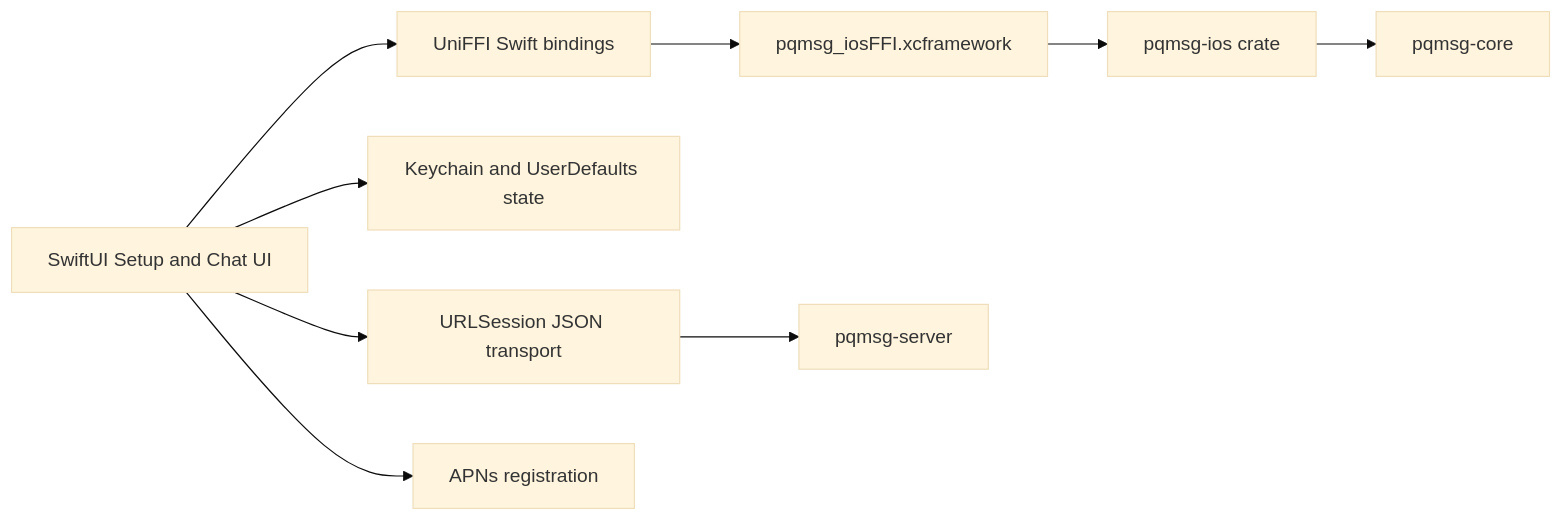
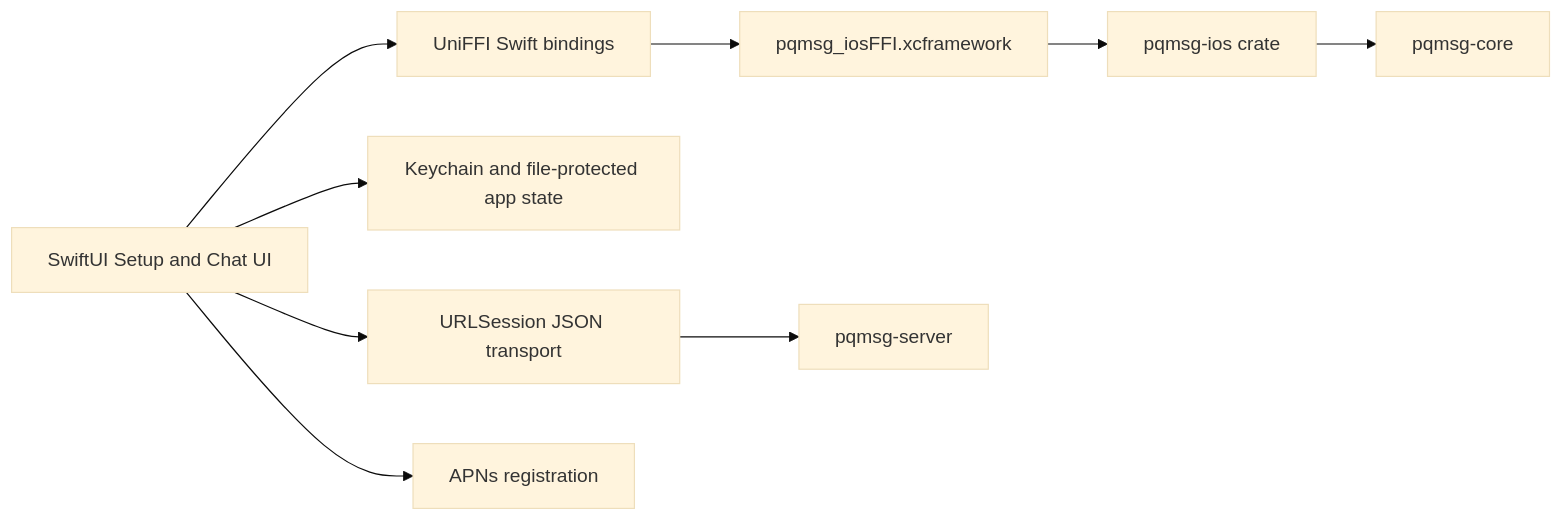
The diagram in docs/IOS.md (ErenAri/post-quantum-messaging-app), drawn with Mermaid (base theme) before and after one commit. The commit also changed other lines of this file and 36 other files, not shown here.

````diff
--- a/docs/IOS.md
+++ b/docs/IOS.md
@@ -9,11 +9,11 @@
 ```mermaid
 flowchart LR
     UI[SwiftUI Setup and Chat UI] --> NET[URLSession JSON transport]
-    UI --> STORE[Keychain and UserDefaults state]
+    UI --> STORE[Keychain and file-protected app state]
     UI --> SWIFT[UniFFI Swift bindings]
     SWIFT --> XC[pqmsg_iosFFI.xcframework]
     XC --> RUST[pqmsg-ios crate]
     RUST --> CORE[pqmsg-core]
     NET --> SRV[pqmsg-server]
     UI --> APNS[APNs registration]
 ```
````
